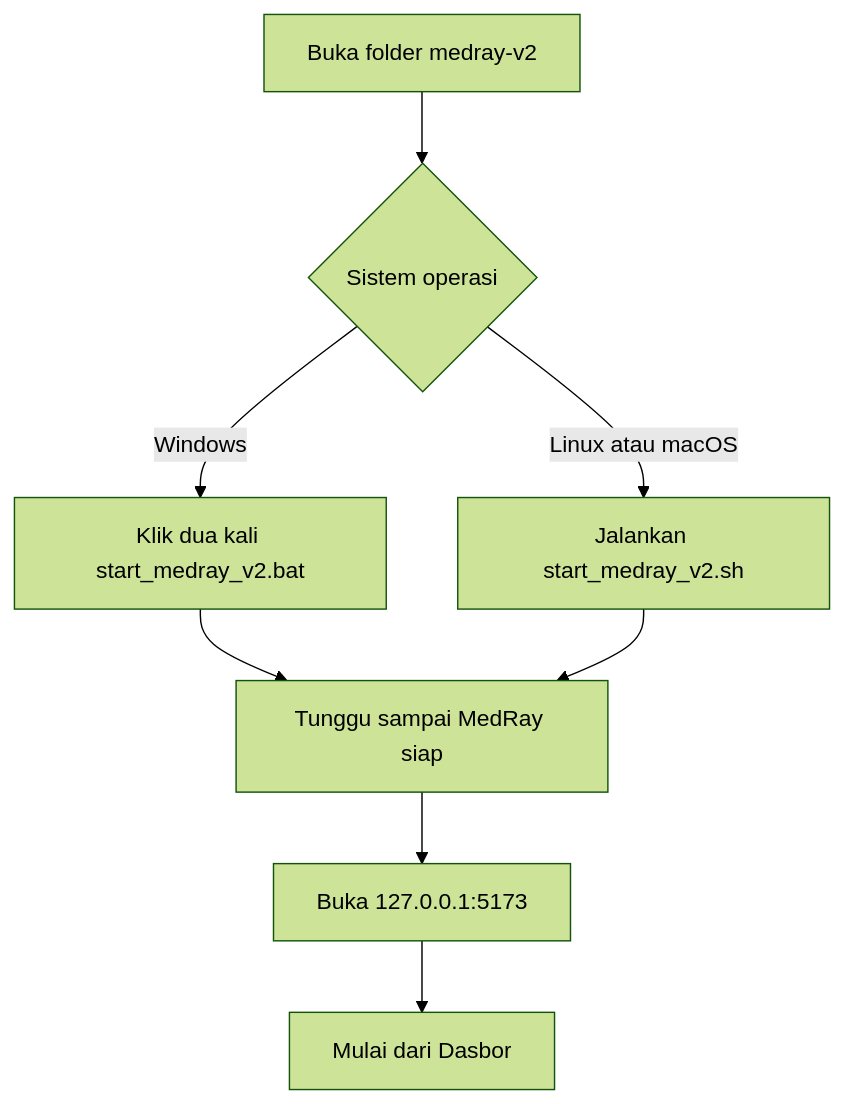
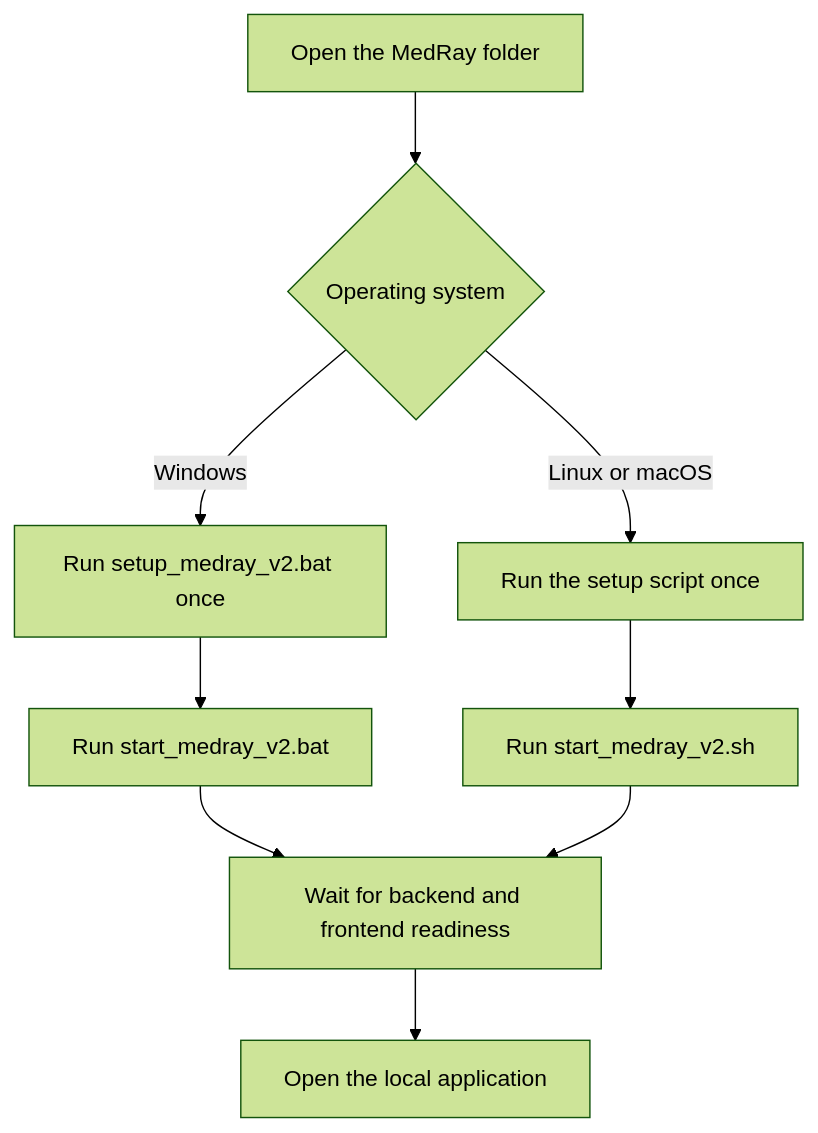
Before and after one commit to Halo1211/medray-workspace-v2: the first of 3 diagrams in docs/GUI_REDESIGN_AND_FLOW.md, drawn with Mermaid (forest theme). The commit also changed other lines of this file and 91 other files, not shown here.

````diff
--- a/docs/GUI_REDESIGN_AND_FLOW.md
+++ b/docs/GUI_REDESIGN_AND_FLOW.md
@@ -45,10 +21,11 @@
 ```mermaid
 flowchart TD
-    A[Buka folder medray-v2] --> B{Sistem operasi}
-    B -->|Windows| C[Klik dua kali start_medray_v2.bat]
-    B -->|Linux atau macOS| D[Jalankan start_medray_v2.sh]
-    C --> E[Tunggu sampai MedRay siap]
-    D --> E
-    E --> F[Buka 127.0.0.1:5173]
-    F --> G[Mulai dari Dasbor]
+    A[Open the MedRay folder] --> B{Operating system}
+    B -->|Windows| C[Run setup_medray_v2.bat once]
+    B -->|Linux or macOS| D[Run the setup script once]
+    C --> E[Run start_medray_v2.bat]
+    D --> F[Run start_medray_v2.sh]
+    E --> G[Wait for backend and frontend readiness]
+    F --> G
+    G --> H[Open the local application]
 ```
````
